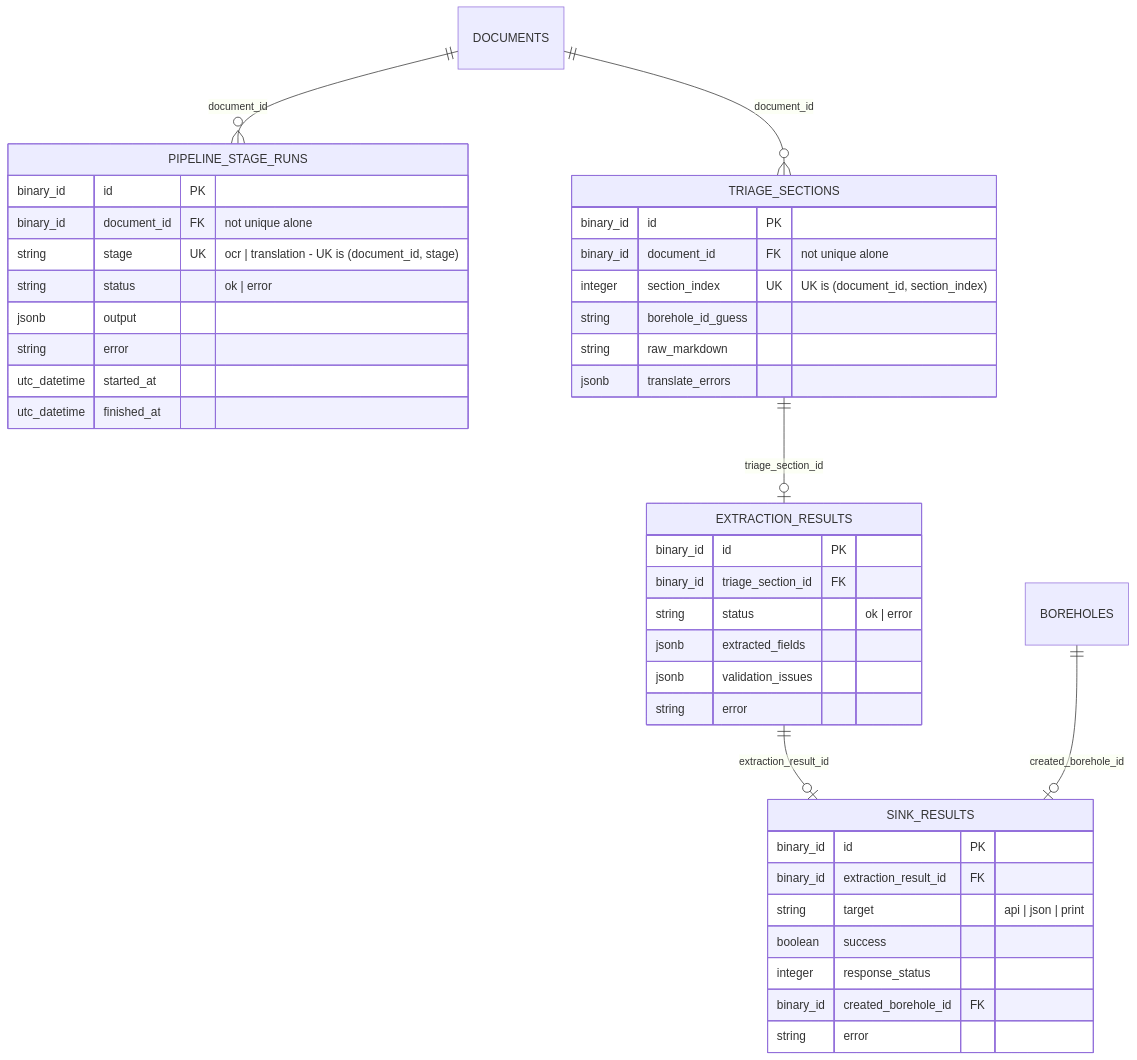
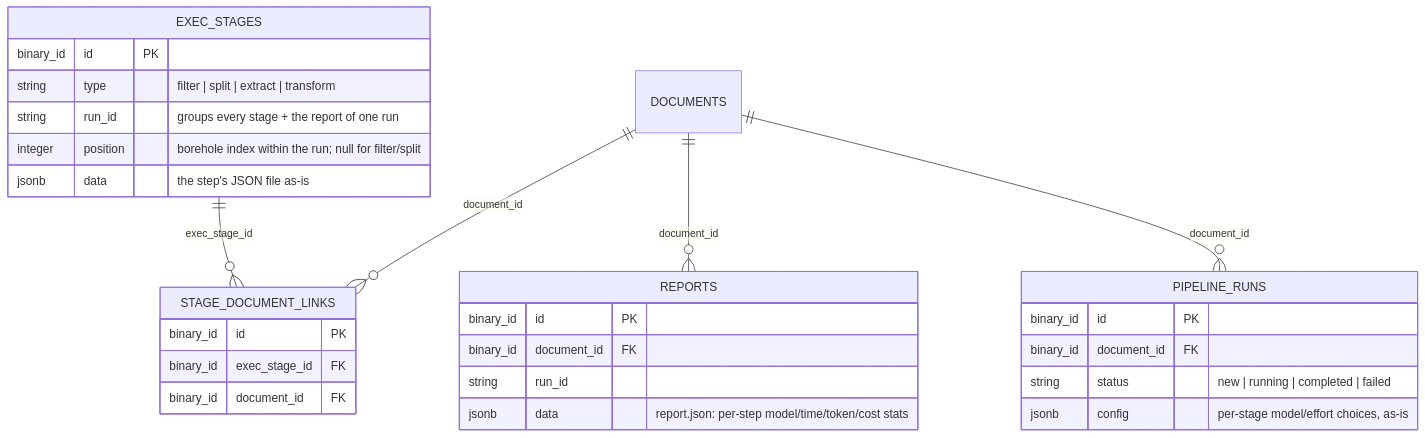
Before and after one commit to t-kelsey/smart-automation: the second of 2 diagrams in docs/data-model.md, drawn with Mermaid. The commit also changed other lines of this file and 33 other files, not shown here.

````diff
--- a/docs/data-model.md
+++ b/docs/data-model.md
@@ -71,47 +71,35 @@
 ```mermaid
 erDiagram
-    DOCUMENTS ||--o{ PIPELINE_STAGE_RUNS : document_id
-    DOCUMENTS ||--o{ TRIAGE_SECTIONS : document_id
-    TRIAGE_SECTIONS ||--o| EXTRACTION_RESULTS : triage_section_id
-    EXTRACTION_RESULTS ||--o| SINK_RESULTS : extraction_result_id
-    BOREHOLES ||--o| SINK_RESULTS : created_borehole_id
+    DOCUMENTS ||--o{ STAGE_DOCUMENT_LINKS : document_id
+    EXEC_STAGES ||--o{ STAGE_DOCUMENT_LINKS : exec_stage_id
+    DOCUMENTS ||--o{ REPORTS : document_id
+    DOCUMENTS ||--o{ PIPELINE_RUNS : document_id
 
-    PIPELINE_STAGE_RUNS {
+    EXEC_STAGES {
         binary_id id PK
-        binary_id document_id FK "not unique alone"
-        string stage UK "ocr | translation - UK is (document_id, stage)"
-        string status "ok | error"
-        jsonb output
-        string error
-        utc_datetime started_at
-        utc_datetime finished_at
+        string type "filter | split | extract | transform"
+        string run_id "groups every stage + the report of one run"
+        integer position "borehole index within the run; null for filter/split"
+        jsonb data "the step's JSON file as-is"
     }
 
-    TRIAGE_SECTIONS {
+    STAGE_DOCUMENT_LINKS {
         binary_id id PK
-        binary_id document_id FK "not unique alone"
-        integer section_index UK "UK is (document_id, section_index)"
-        string borehole_id_guess
-        string raw_markdown
-        jsonb translate_errors
+        binary_id exec_stage_id FK
+        binary_id document_id FK
     }
 
-    EXTRACTION_RESULTS {
+    REPORTS {
         binary_id id PK
-        binary_id triage_section_id FK
-        string status "ok | error"
-        jsonb extracted_fields
-        jsonb validation_issues
-        string error
+        binary_id document_id FK
+        string run_id
+        jsonb data "report.json: per-step model/time/token/cost stats"
     }
 
-    SINK_RESULTS {
+    PIPELINE_RUNS {
         binary_id id PK
-        binary_id extraction_result_id FK
-        string target "api | json | print"
-        boolean success
-        integer response_status
-        binary_id created_borehole_id FK
-        string error
+        binary_id document_id FK
+        string status "new | running | completed | failed"
+        jsonb config "per-stage model/effort choices, as-is"
     }
 ```
````
